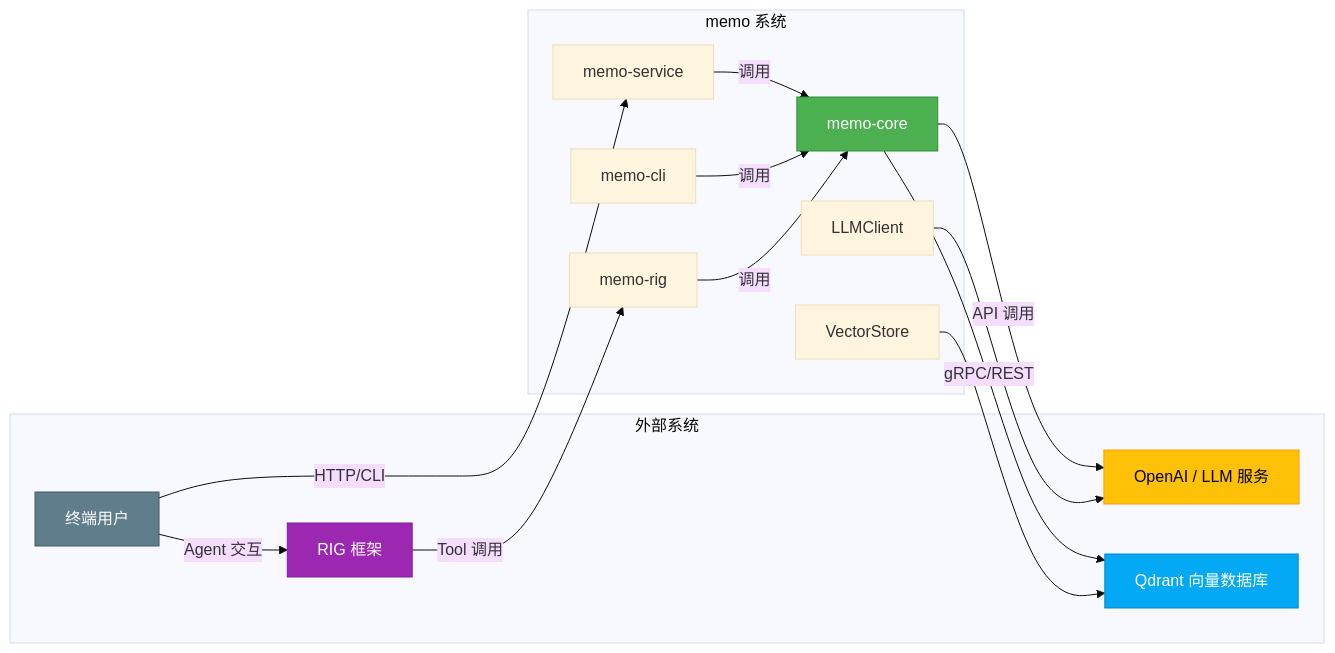
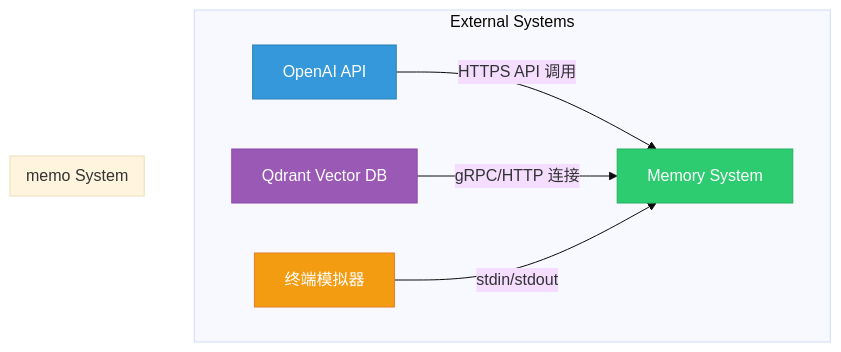
The first of 9 diagrams in litho.docs/2、架构概览.md (sopaco/cortex-mem), drawn with Mermaid (base theme) before and after one commit. The commit also changed other lines of this file and 16 other files, not shown here.

````diff
--- a/litho.docs/2、架构概览.md
+++ b/litho.docs/2、架构概览.md
@@ -74,35 +71,20 @@
 ```mermaid
-graph LR
-    subgraph "外部系统"
-        A[OpenAI / LLM 服务] 
-        B[Qdrant 向量数据库]
-        C[RIG 框架]
-        D[终端用户]
+graph TD
+    subgraph External Systems
+        A[OpenAI API] -->|HTTPS API 调用| B(memo)
+        C[Qdrant Vector DB] -->|gRPC/HTTP 连接| B
+        D[终端模拟器] -->|stdin/stdout| B
     end
 
-    subgraph "memo 系统"
-        E[memo-service]
-        F[memo-cli]
-        G[memo-rig]
-        H[memo-core]
-        I[LLMClient]
-        J[VectorStore]
+    subgraph memo System
+        B[Memory System]
     end
 
-    D -->|HTTP/CLI| E
-    D -->|Agent 交互| C
-    C -->|Tool 调用| G
-    E -->|调用| H
-    F -->|调用| H
-    G -->|调用| H
-    H -->|API 调用| A
-    H -->|gRPC/REST| B
-    I --> A
-    J --> B
+    style A fill:#3498db,stroke:#2980b9,color:white
+    style C fill:#9b59b6,stroke:#8e44ad,color:white
+    style D fill:#f39c12,stroke:#e67e22,color:white
+    style B fill:#2ecc71,stroke:#27ae60,color:white
 
-    style H fill:#4CAF50,stroke:#388E3C,color:white
-    style A fill:#FFC107,stroke:#FFA000,color:black
-    style B fill:#03A9F4,stroke:#0288D1,color:white
-    style C fill:#9C27B0,stroke:#7B1FA2,color:white
-    style D fill:#607D8B,stroke:#455A64,color:white
+    classDef external fill:#ecf0f1,stroke:#bdc3c7;
+    class A,C,D external;
 ```
````
